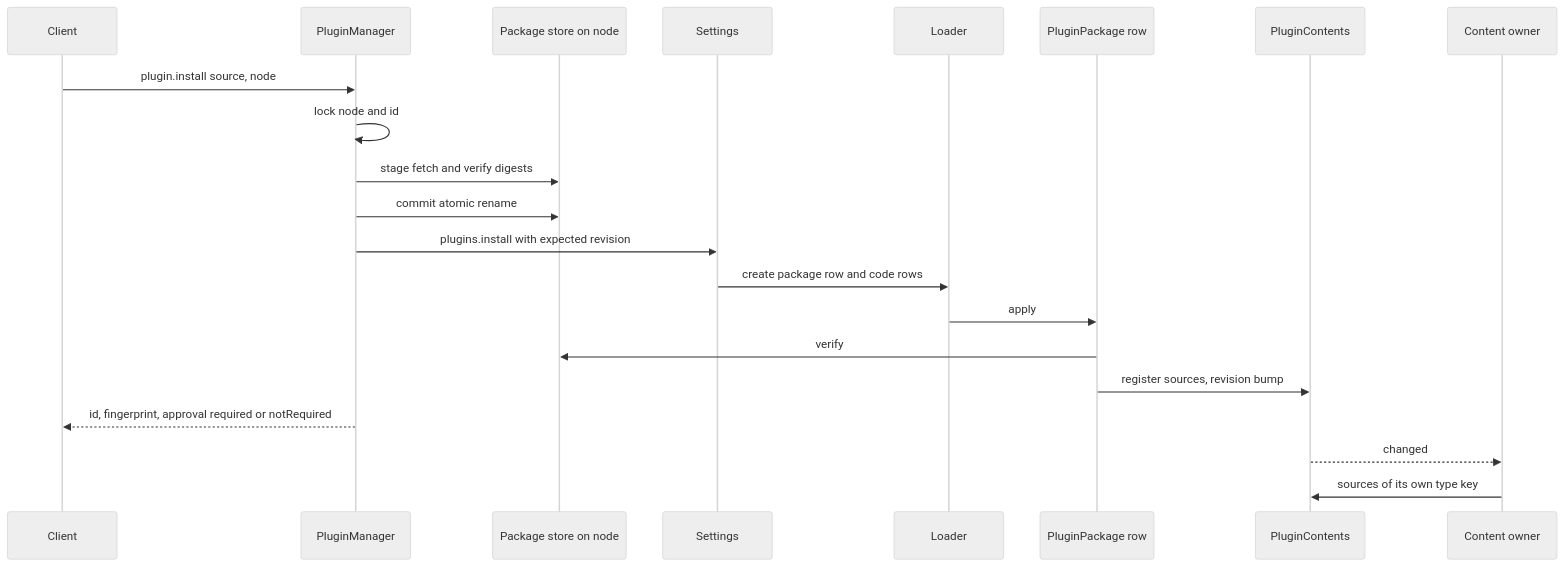
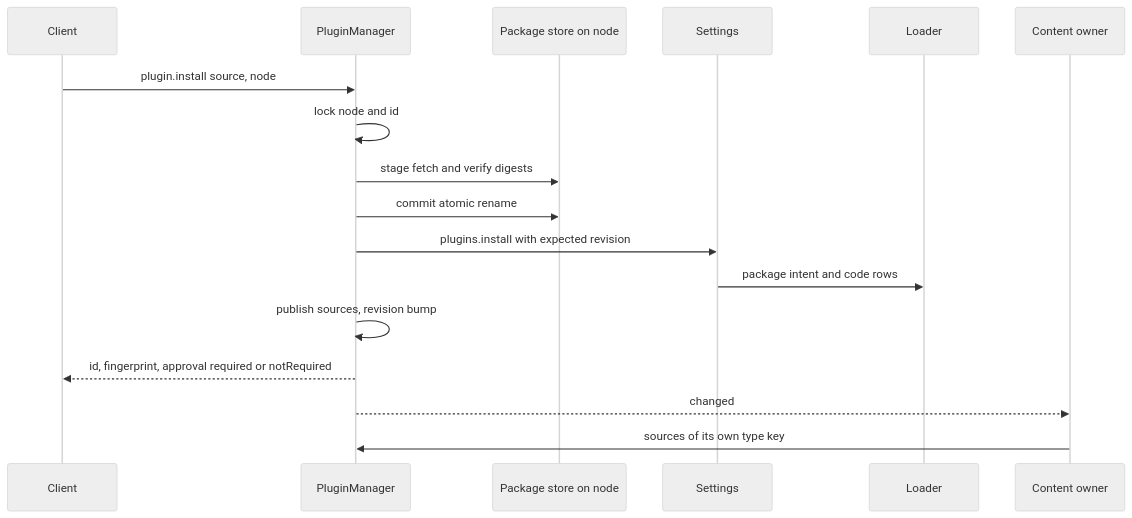
One commit to CoutinhoTTS/dim-agent changed the third of 6 diagrams in docs/design/plugins/PluginManager.md. Above: the diagram before and after it, drawn with Mermaid (neutral theme). The commit also changed other lines of this file and 2 other files, not shown here.

Commit message:
docs(design): rescope Modality, PluginManager and RemoteGateway per ADR 002

````diff
--- a/docs/design/plugins/PluginManager.md
+++ b/docs/design/plugins/PluginManager.md
@@ -83,23 +73,19 @@
 ```mermaid
 sequenceDiagram
   participant C as Client
   participant PM as PluginManager
   participant PS as Package store on node
   participant S as Settings
   participant L as Loader
-  participant R as PluginPackage row
-  participant PC as PluginContents
   participant O as Content owner
   C->>PM: plugin.install source, node
   PM->>PM: lock node and id
   PM->>PS: stage fetch and verify digests
   PM->>PS: commit atomic rename
   PM->>S: plugins.install with expected revision
-  S->>L: create package row and code rows
-  L->>R: apply
-  R->>PS: verify
-  R->>PC: register sources, revision bump
+  S->>L: package intent and code rows
+  PM->>PM: publish sources, revision bump
   PM-->>C: id, fingerprint, approval required or notRequired
-  PC-->>O: changed
-  O->>PC: sources of its own type key
+  PM-->>O: changed
+  O->>PM: sources of its own type key
 ```
````
